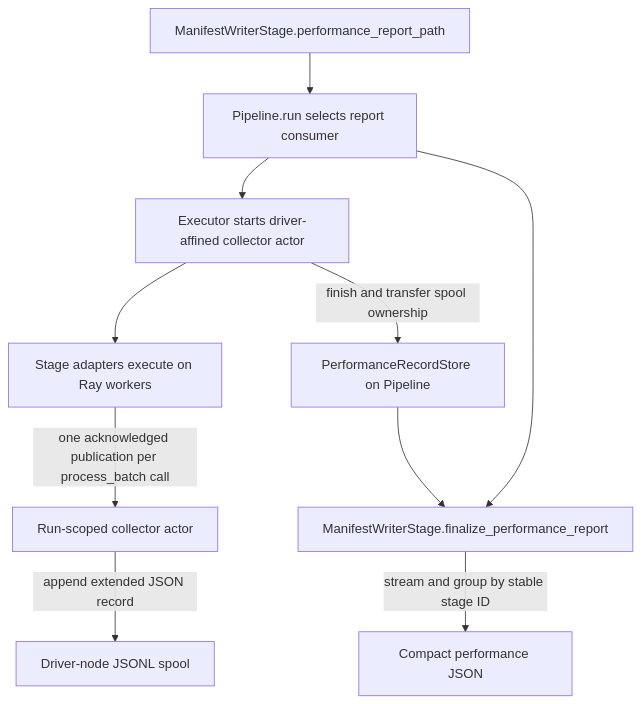
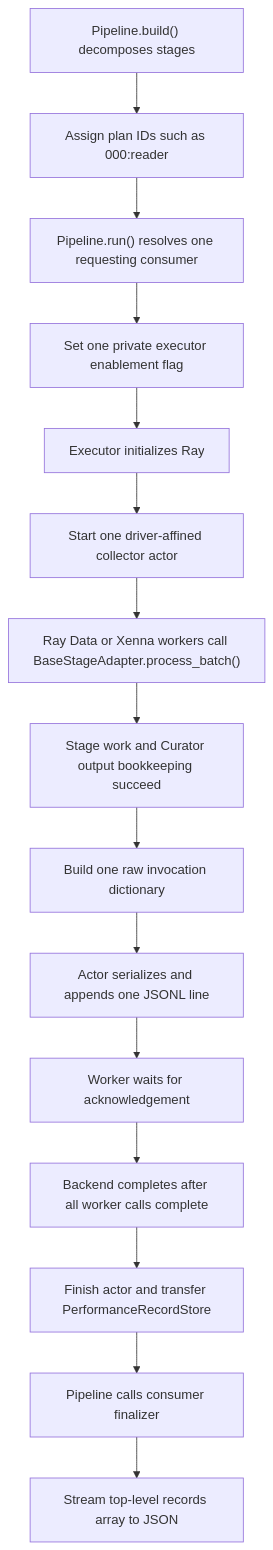
One commit to NVIDIA-NeMo/Curator changed the first of 3 diagrams in performance-telemetry-design.md. Above: the diagram before and after it, drawn with Mermaid. The commit also changed other lines of this file and 27 other files, not shown here.

Commit message:
Core: simplify run-scoped performance telemetry

````diff
--- a/performance-telemetry-design.md
+++ b/performance-telemetry-design.md
@@ -132,12 +123,17 @@
 ```mermaid
 flowchart TD
-    C["ManifestWriterStage.performance_report_path"] --> P["Pipeline.run selects report consumer"]
-    P --> X["Executor starts driver-affined collector actor"]
-    X --> W["Stage adapters execute on Ray workers"]
-    W -->|"one acknowledged publication per process_batch call"| A["Run-scoped collector actor"]
-    A -->|"append extended JSON record"| S["Driver-node JSONL spool"]
-    X -->|"finish and transfer spool ownership"| R["PerformanceRecordStore on Pipeline"]
-    R --> F["ManifestWriterStage.finalize_performance_report"]
-    P --> F
-    F -->|"stream and group by stable stage ID"| J["Compact performance JSON"]
+    A["Pipeline.build() decomposes stages"] --> B["Assign plan IDs such as 000:reader"]
+    B --> C["Pipeline.run() resolves one requesting consumer"]
+    C --> D["Set one private executor enablement flag"]
+    D --> E["Executor initializes Ray"]
+    E --> F["Start one driver-affined collector actor"]
+    F --> G["Ray Data or Xenna workers call BaseStageAdapter.process_batch()"]
+    G --> H["Stage work and Curator output bookkeeping succeed"]
+    H --> I["Build one raw invocation dictionary"]
+    I --> J["Actor serializes and appends one JSONL line"]
+    J --> K["Worker waits for acknowledgement"]
+    K --> L["Backend completes after all worker calls complete"]
+    L --> M["Finish actor and transfer PerformanceRecordStore"]
+    M --> N["Pipeline calls consumer finalizer"]
+    N --> O["Stream top-level records array to JSON"]
 ```
````
